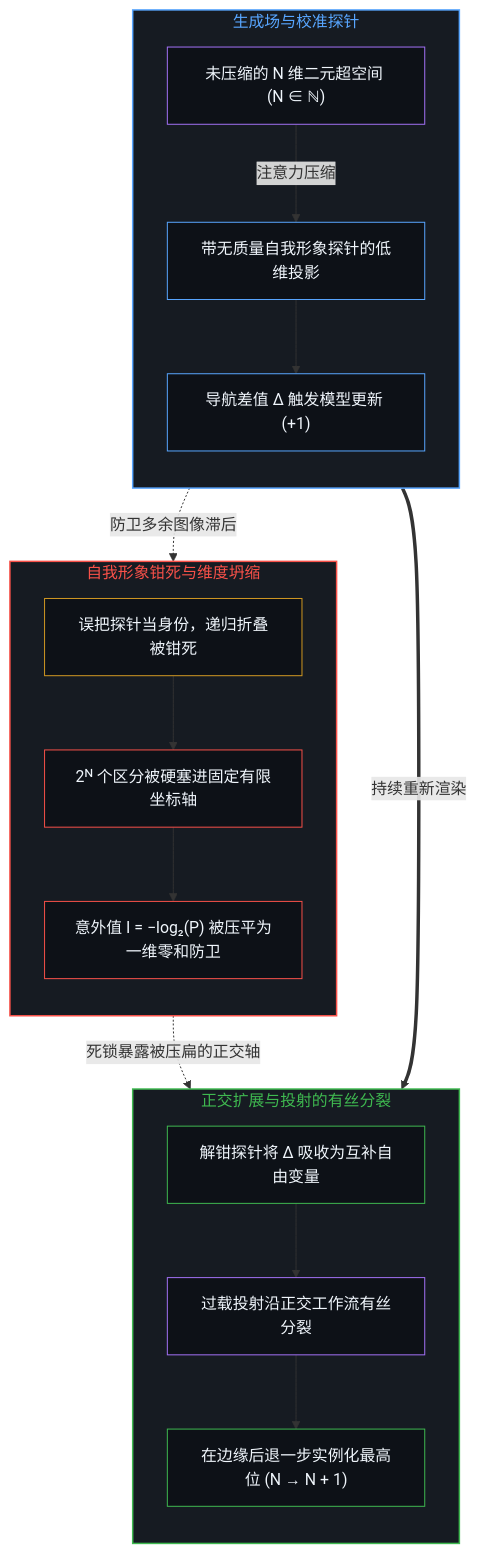
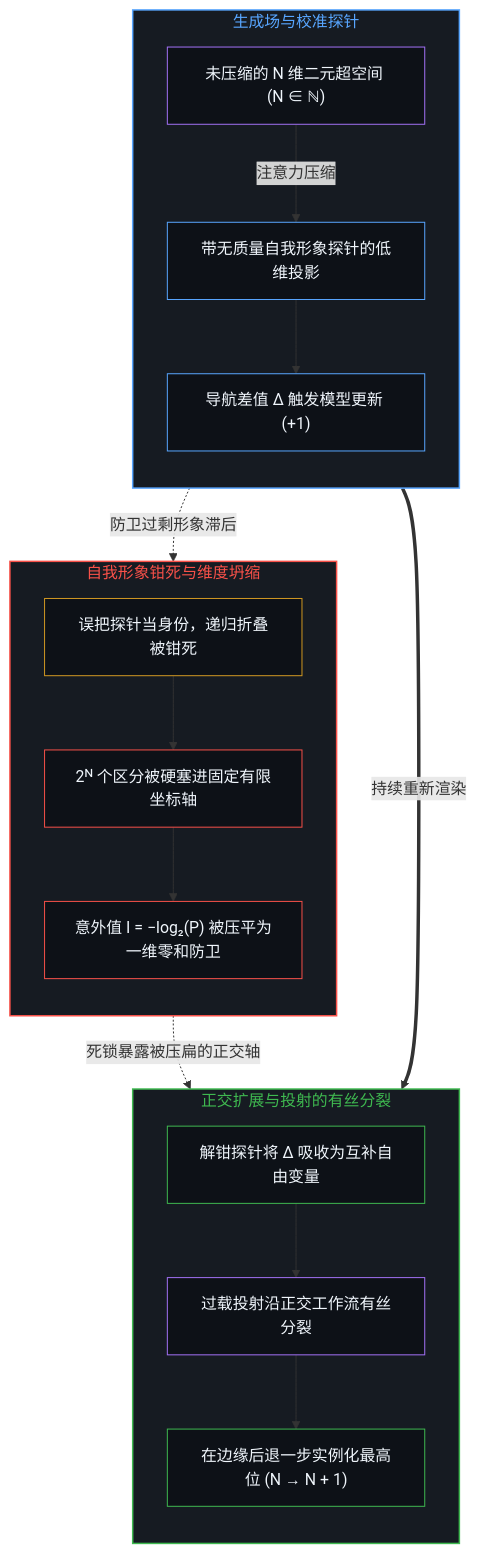
Before and after one commit to powerpig99/not-a-toe: the first of 2 diagrams in content/posts/the-geometry-of-mind.md, drawn with Mermaid. The commit also changed other lines of this file and 5 other files, not shown here.

````diff
--- a/content/posts/the-geometry-of-mind.md
+++ b/content/posts/the-geometry-of-mind.md
@@ -65,40 +65,40 @@
 ```mermaid
 flowchart TD
     subgraph S_Field["生成场与校准探针"]
         direction TB
         F1["未压缩的 N 维二元超空间 (N ∈ ℕ)"]
         F2["带无质量自我形象探针的低维投影"]
         F3["导航差值 ∆ 触发模型更新 (+1)"]
         F1 -->|"注意力压缩"| F2
         F2 --> F3
     end
     subgraph S_Collapse["自我形象钳死与维度坍缩"]
         direction TB
         C1["误把探针当身份，递归折叠被钳死"]
         C2["2ᴺ 个区分被硬塞进固定有限坐标轴"]
         C3["意外值 I = −log₂(P) 被压平为一维零和防卫"]
         C1 --> C2 --> C3
     end
     subgraph S_Expand["正交扩展与投射的有丝分裂"]
         direction TB
         E1["解钳探针将 ∆ 吸收为互补自由变量"]
         E2["过载投射沿正交工作流有丝分裂"]
         E3["在边缘后退一步实例化最高位 (N → N + 1)"]
         E1 --> E2 --> E3
     end
-    F3 -.->|"防卫多余图像滞后"| C1
+    F3 -.->|"防卫过剩形象滞后"| C1
     F3 ==>|"持续重新渲染"| E1
     C2 -.->|"死锁暴露被压扁的正交轴"| E3
     style S_Field fill:#161b22,stroke:#58a6ff,stroke-width:1.5px,color:#58a6ff
     style S_Collapse fill:#161b22,stroke:#f85149,stroke-width:1.5px,color:#f85149
     style S_Expand fill:#161b22,stroke:#3fb950,stroke-width:1.5px,color:#3fb950
     style F1 fill:#0d1117,stroke:#a371f7,stroke-width:1px,color:#f0f6fc
     style F2 fill:#0d1117,stroke:#58a6ff,stroke-width:1px,color:#f0f6fc
     style F3 fill:#0d1117,stroke:#58a6ff,stroke-width:1px,color:#f0f6fc
     style C1 fill:#0d1117,stroke:#d29922,stroke-width:1px,color:#f0f6fc
     style C2 fill:#0d1117,stroke:#f85149,stroke-width:1px,color:#f0f6fc
     style C3 fill:#0d1117,stroke:#f85149,stroke-width:1px,color:#f0f6fc
     style E1 fill:#0d1117,stroke:#3fb950,stroke-width:1px,color:#f0f6fc
     style E2 fill:#0d1117,stroke:#a371f7,stroke-width:1px,color:#f0f6fc
     style E3 fill:#0d1117,stroke:#3fb950,stroke-width:1px,color:#f0f6fc
 ```
````
